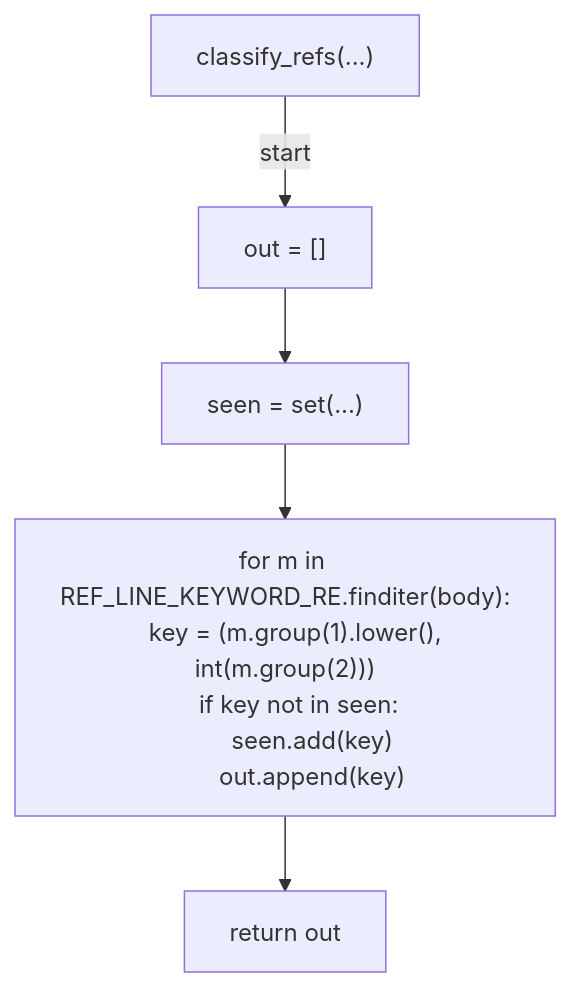
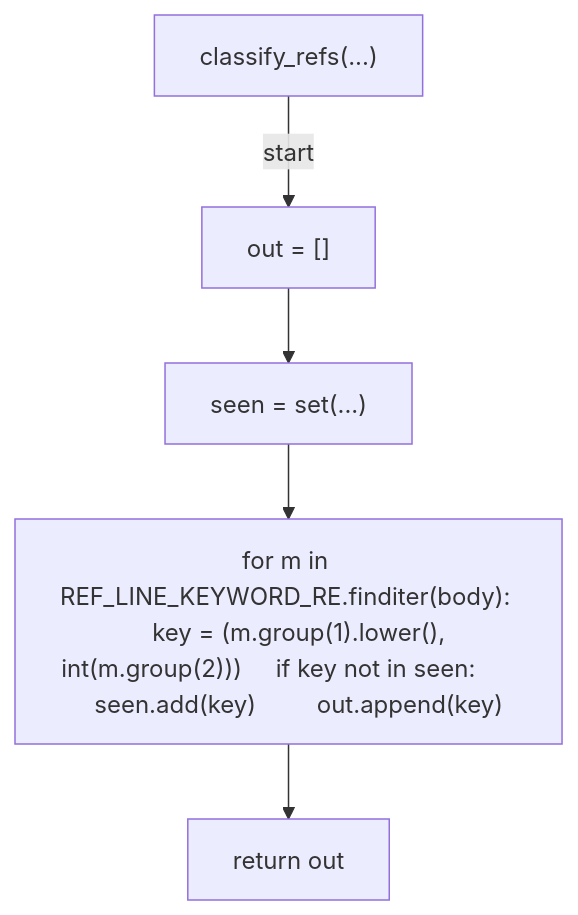
Before and after one commit to tvna/claude-md: the second of 4 diagrams in docs/generated/scripts/ast/_ref_classifier.md, drawn with Mermaid. The commit also changed 20 other files, not shown here.

First line of the commit message:
docs(generated): regenerate decision tree and workflow diagrams (batch 1/5)

````diff
--- a/docs/generated/scripts/ast/_ref_classifier.md
+++ b/docs/generated/scripts/ast/_ref_classifier.md
@@ -16,16 +16,12 @@
 ```mermaid
 flowchart TD
     N001["classify_refs(...)"]
     N002["out = []"]
     N003["seen = set(...)"]
-    N004["for m in REF_LINE_KEYWORD_RE.finditer(body):
-    key = (m.group(1).lower(), int(m.group(2)))
-    if key not in seen:
-        seen.add(key)
-        out.append(key)"]
+    N004["for m in REF_LINE_KEYWORD_RE.finditer(body):     key = (m.group(1).lower(), int(m.group(2)))     if key not in seen:         seen.add(key)         out.append(key)"]
     N005["return out"]
     N001 -->|"start"| N002
     N002 --> N003
     N003 --> N004
     N004 --> N005
 ```
````
